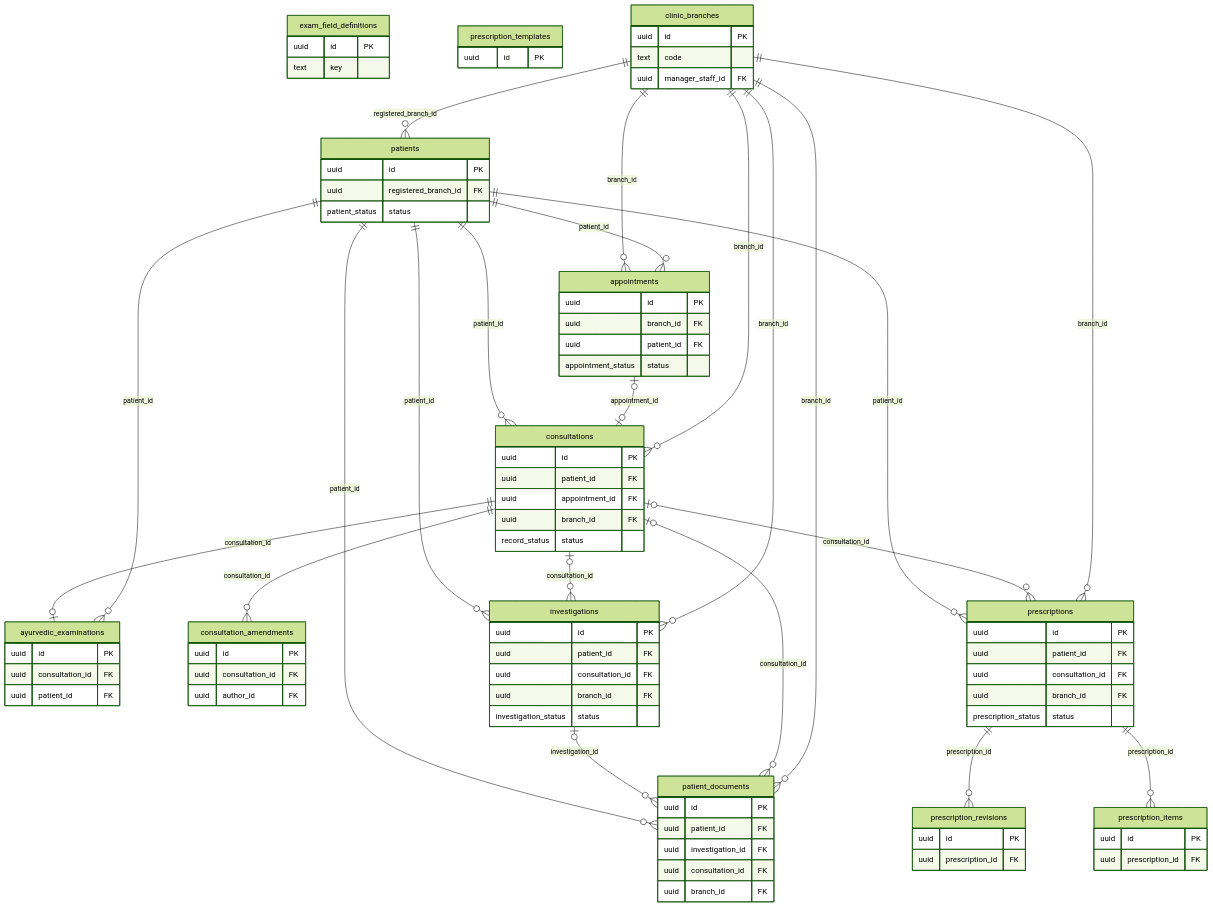
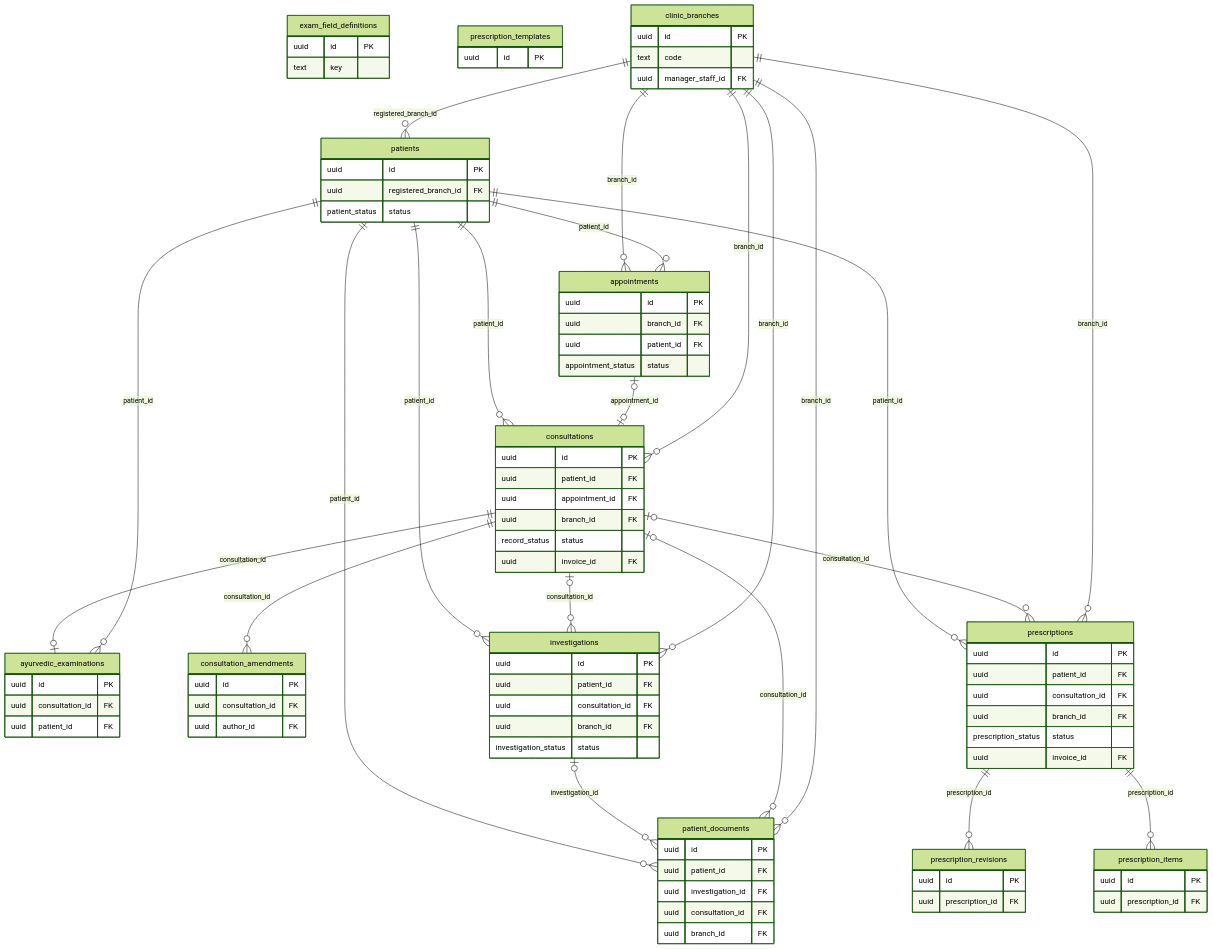
Before and after one commit to Vxoratech/drujjwalkarangale: the third of 5 diagrams in docs/ERD.md, drawn with Mermaid (forest theme). The commit also changed other lines of this file and 2 other files, not shown here.

Commit message:
Regenerate database docs for the consultation fee migration

```diff
--- a/docs/ERD.md
+++ b/docs/ERD.md
@@ -139,6 +140,7 @@
     uuid appointment_id FK
     uuid branch_id FK
     record_status status
+    uuid invoice_id FK
   }
   ayurvedic_examinations {
     uuid id PK
@@ -160,6 +162,7 @@
     uuid consultation_id FK
     uuid branch_id FK
     prescription_status status
+    uuid invoice_id FK
   }
   prescription_items {
     uuid id PK
```
